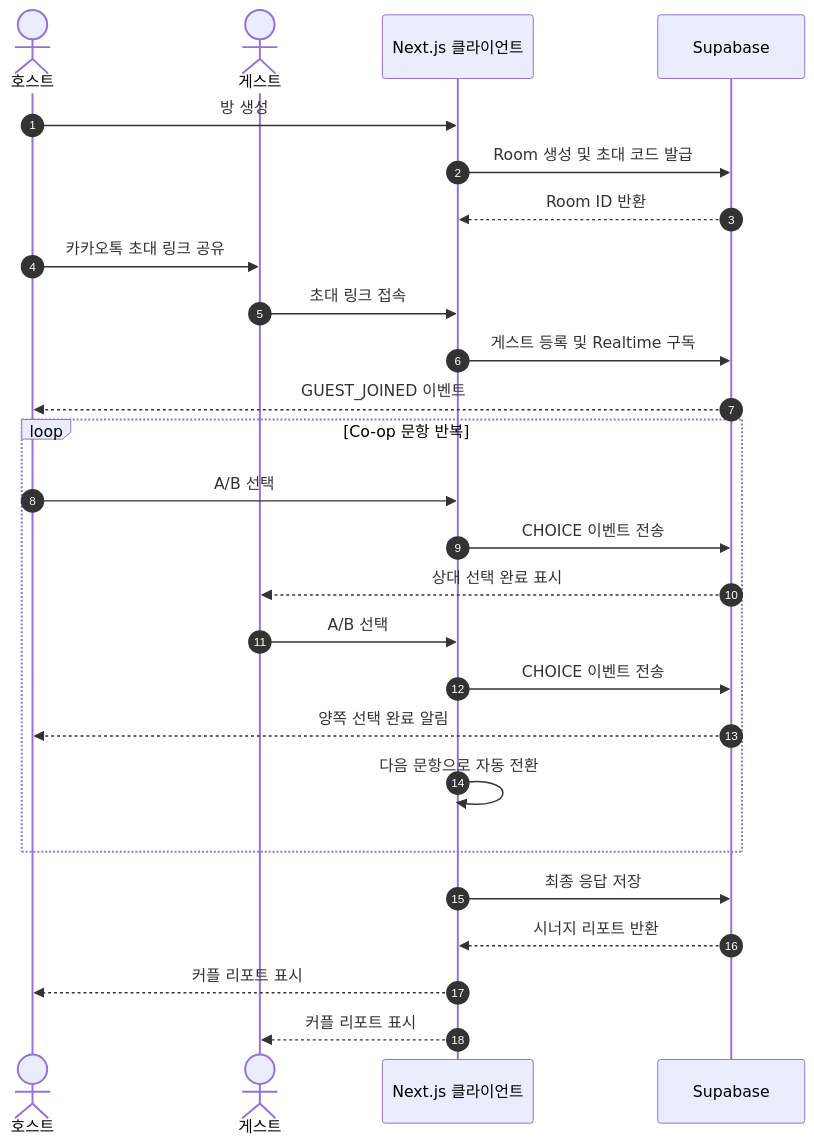
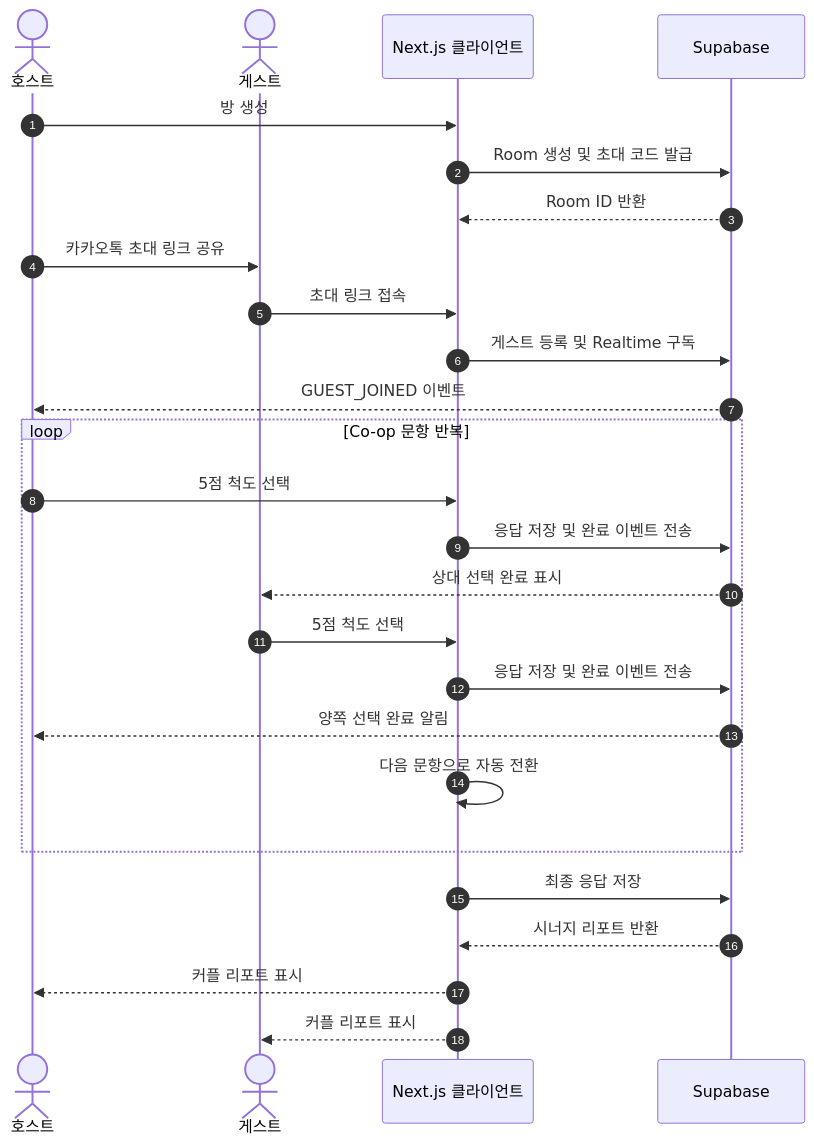
Before and after one commit to wogml3270/kungjjak-lab: the first of 2 diagrams in README.md, drawn with Mermaid. The commit also changed other lines of this file and 17 other files, not shown here.

````diff
--- a/README.md
+++ b/README.md
@@ -48,31 +50,31 @@
 ```mermaid
 sequenceDiagram
     autonumber
     actor Host as 호스트
     actor Guest as 게스트
     participant Web as Next.js 클라이언트
     participant DB as Supabase
 
     Host->>Web: 방 생성
     Web->>DB: Room 생성 및 초대 코드 발급
     DB-->>Web: Room ID 반환
     Host->>Guest: 카카오톡 초대 링크 공유
     Guest->>Web: 초대 링크 접속
     Web->>DB: 게스트 등록 및 Realtime 구독
     DB-->>Host: GUEST_JOINED 이벤트
 
     loop Co-op 문항 반복
-        Host->>Web: A/B 선택
-        Web->>DB: CHOICE 이벤트 전송
+        Host->>Web: 5점 척도 선택
+        Web->>DB: 응답 저장 및 완료 이벤트 전송
         DB-->>Guest: 상대 선택 완료 표시
-        Guest->>Web: A/B 선택
-        Web->>DB: CHOICE 이벤트 전송
+        Guest->>Web: 5점 척도 선택
+        Web->>DB: 응답 저장 및 완료 이벤트 전송
         DB-->>Host: 양쪽 선택 완료 알림
         Web->>Web: 다음 문항으로 자동 전환
     end
 
     Web->>DB: 최종 응답 저장
     DB-->>Web: 시너지 리포트 반환
     Web-->>Host: 커플 리포트 표시
     Web-->>Guest: 커플 리포트 표시
 ```
````
